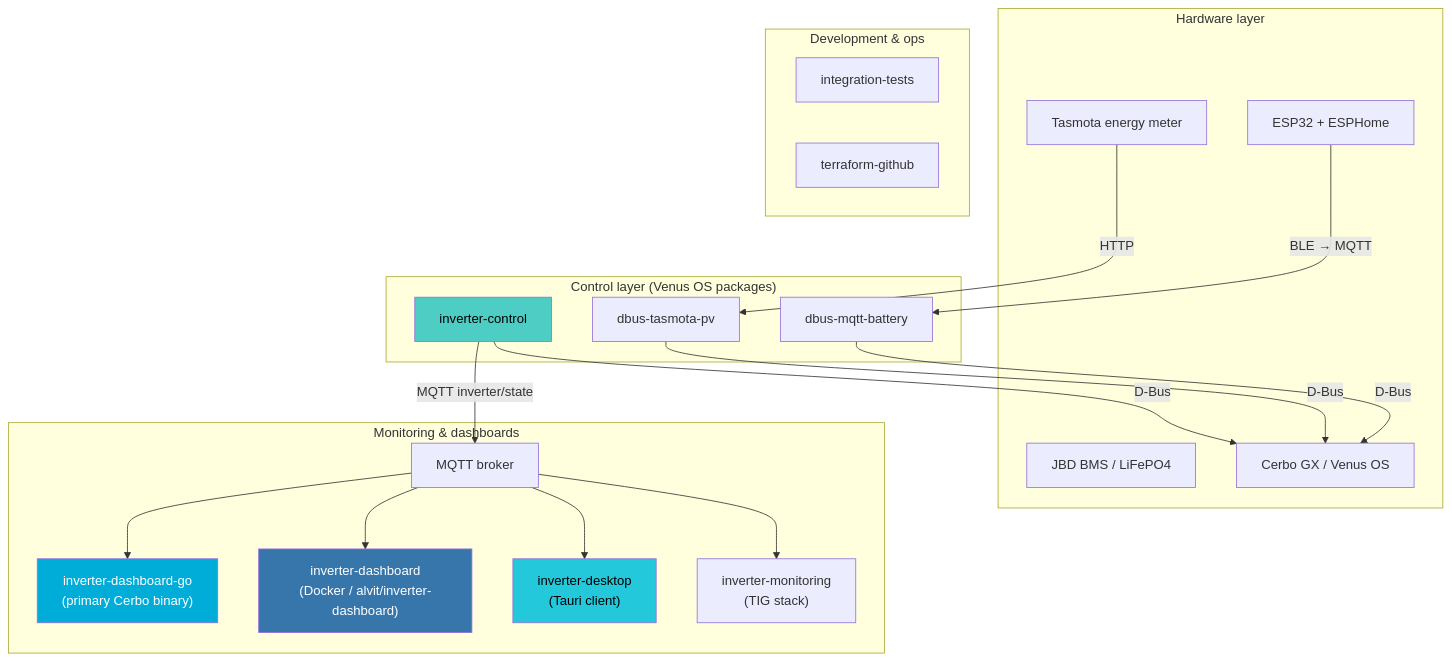
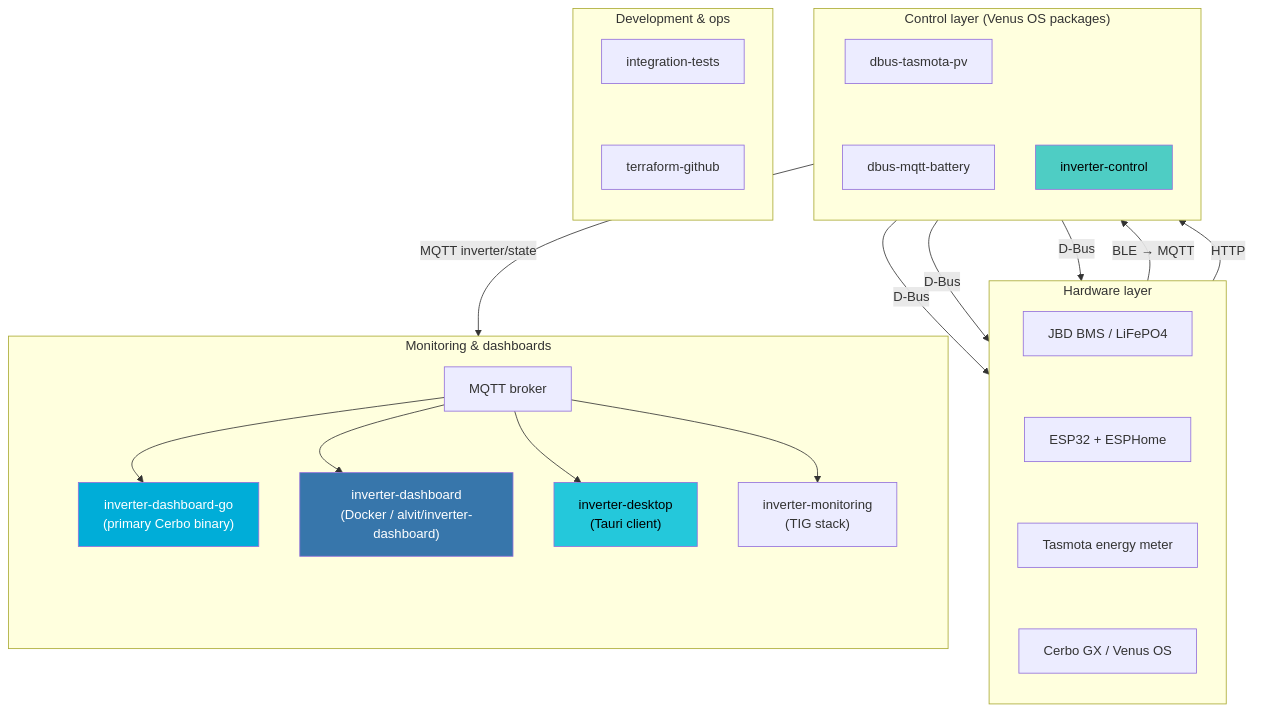
One commit to 4alvit/terraform-github-victron changed the diagram in files/github_org/profile/README.md. Above: the diagram before and after it, drawn with Mermaid.

Commit message:
fix(profile): verticalize mermaid subgraphs
Chain siblings with ~~~ so GitHub renders them top-to-bottom
instead of fanning out and shrinking labels.

````diff
--- a/files/github_org/profile/README.md
+++ b/files/github_org/profile/README.md
@@ -9,35 +9,39 @@
 ```mermaid
 flowchart TB
     subgraph Hardware["Hardware layer"]
+        direction TB
         BMS["JBD BMS / LiFePO4"]
-        ESP["ESP32 + ESPHome"]
-        TAS["Tasmota energy meter"]
-        CERBO["Cerbo GX / Venus OS"]
+        ~~~ ESP["ESP32 + ESPHome"]
+        ~~~ TAS["Tasmota energy meter"]
+        ~~~ CERBO["Cerbo GX / Venus OS"]
     end
 
     subgraph Control["Control layer (Venus OS packages)"]
+        direction TB
         ESP -->|"BLE → MQTT"| BM["dbus-mqtt-battery"]
-        TAS -->|"HTTP"| PV["dbus-tasmota-pv"]
-        BM -->|"D-Bus"| CERBO
-        PV -->|"D-Bus"| CERBO
-        IC["inverter-control"] -->|"D-Bus"| CERBO
+        ~~~ TAS -->|"HTTP"| PV["dbus-tasmota-pv"]
+        ~~~ BM -->|"D-Bus"| CERBO
+        ~~~ PV -->|"D-Bus"| CERBO
+        ~~~ IC["inverter-control"] -->|"D-Bus"| CERBO
     end
 
     subgraph UI["Monitoring & dashboards"]
+        direction TB
         IC -->|"MQTT inverter/state"| MQTT["MQTT broker"]
-        MQTT --> DGO["inverter-dashboard-go\n(primary Cerbo binary)"]
-        MQTT --> DPY["inverter-dashboard\n(Docker / alvit/inverter-dashboard)"]
-        MQTT --> DT["inverter-desktop\n(Tauri client)"]
-        MQTT --> MON["inverter-monitoring\n(TIG stack)"]
+        ~~~ MQTT --> DGO["inverter-dashboard-go\n(primary Cerbo binary)"]
+        ~~~ MQTT --> DPY["inverter-dashboard\n(Docker / alvit/inverter-dashboard)"]
+        ~~~ MQTT --> DT["inverter-desktop\n(Tauri client)"]
+        ~~~ MQTT --> MON["inverter-monitoring\n(TIG stack)"]
     end
 
     subgraph Dev["Development & ops"]
+        direction TB
         IT["integration-tests"]
-        TF["terraform-github"]
+        ~~~ TF["terraform-github"]
     end
 
     style IC fill:#4ecdc4,color:#000
     style DGO fill:#00ADD8,color:#fff
     style DPY fill:#3776ab,color:#fff
     style DT fill:#24c8db,color:#000
 ```
````
